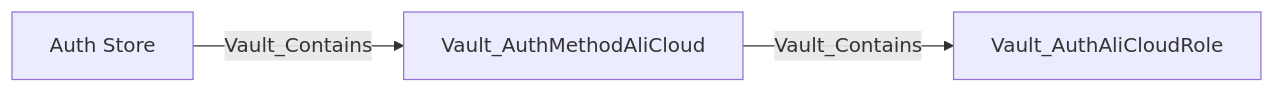
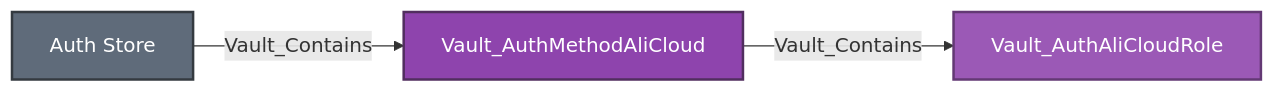
One commit to bytewreck/opengraph-vault changed the fifth of 28 diagrams in Documentation/stores/AUTH.md. Above: the diagram before and after it, drawn with Mermaid. The commit also changed other lines of this file, not shown here.

````diff
--- a/Documentation/stores/AUTH.md
+++ b/Documentation/stores/AUTH.md
@@ -190,5 +215,9 @@
 ```mermaid
 flowchart LR
-    store[Auth Store] -->|Vault_Contains| method[Vault_AuthMethodAliCloud]
-    method -->|Vault_Contains| role[Vault_AuthAliCloudRole]
+    store[Auth Store]:::storeNode -->|Vault_Contains| method[Vault_AuthMethodAliCloud]:::authMethodNode
+    method -->|Vault_Contains| role[Vault_AuthAliCloudRole]:::authRoleNode
+
+    classDef storeNode fill:#5F6B7A,color:#fff,stroke:#343A40,stroke-width:2px
+    classDef authMethodNode fill:#8E44AD,color:#fff,stroke:#512E5F,stroke-width:2px
+    classDef authRoleNode fill:#9B59B6,color:#fff,stroke:#633974,stroke-width:2px
 ```
````
